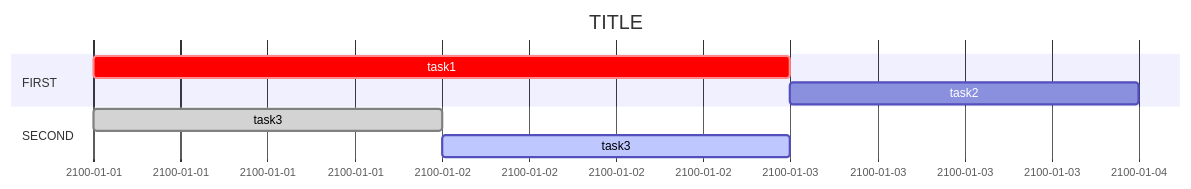
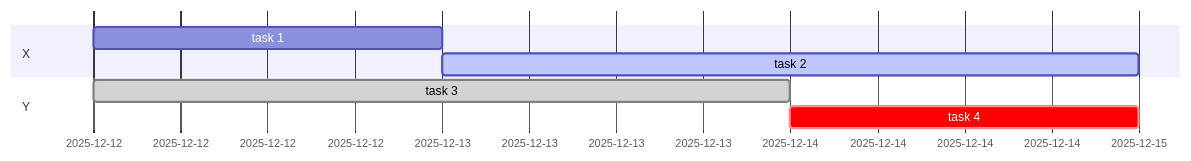
Before and after one commit to pablogila/ObsidianTemplates: the diagram in Gantt template.md, drawn with Mermaid. The commit also changed 6 other files, not shown here.

````diff
--- a/Gantt template.md
+++ b/Gantt template.md
@@ -1,13 +1,11 @@
 ```mermaid
 gantt
-title TITLE
-dateFormat YYYY-MM-DD
 
-section FIRST
-	task1 : crit, 2100-01-01, 2d
-	task2 : 1d
+section X
+task 1 : 2025-12-12, 1d
+task 2 : active, 2025-12-13, 2d
 
-section SECOND
-	task3 : done, X, 2100-01-01, 1d
-	task3 : active, after X, 1d
+section Y
+task 3 : done, 2025-12-12, 2d
+task 4 : crit, 1d
 ```
````
